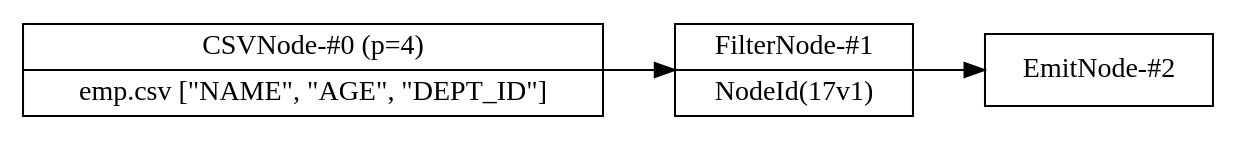
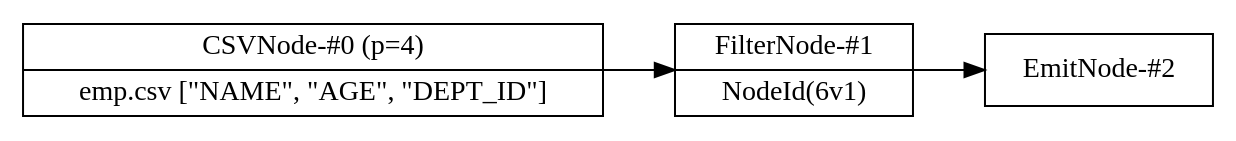
One commit to adarshpannu/kona changed the diagram in flow.dot. Above: the diagram before and after it, drawn with Graphviz. The commit also changed 9 other files, not shown here.

```diff
--- a/flow.dot
+++ b/flow.dot
@@ -1,11 +1,11 @@
 digraph example1 {
     node [shape=record];
     rankdir=LR;
     splines=polyline;
     nodesep=0.5;
     Node0[label="CSVNode-#0 (p=4)|emp.csv [\"NAME\", \"AGE\", \"DEPT_ID\"]"];
-    Node1[label="FilterNode-#1|NodeId(17v1)"];
+    Node1[label="FilterNode-#1|NodeId(6v1)"];
     Node0 -> Node1;
     Node2[label="EmitNode-#2"];
     Node1 -> Node2;
 }
```
